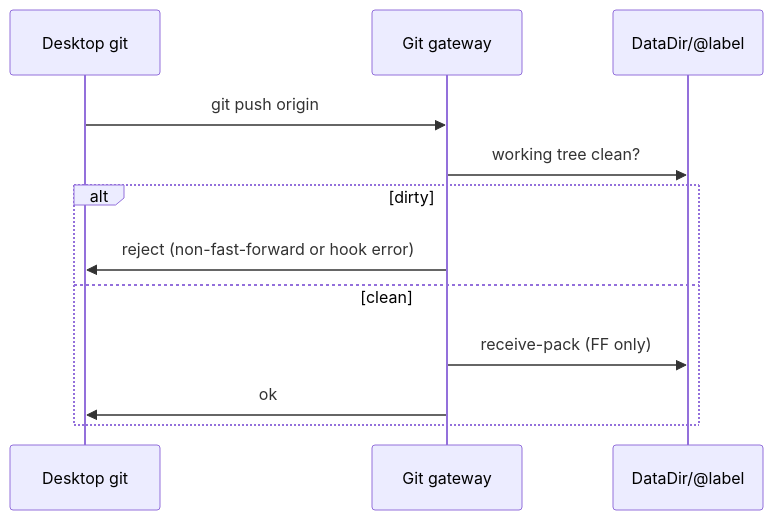
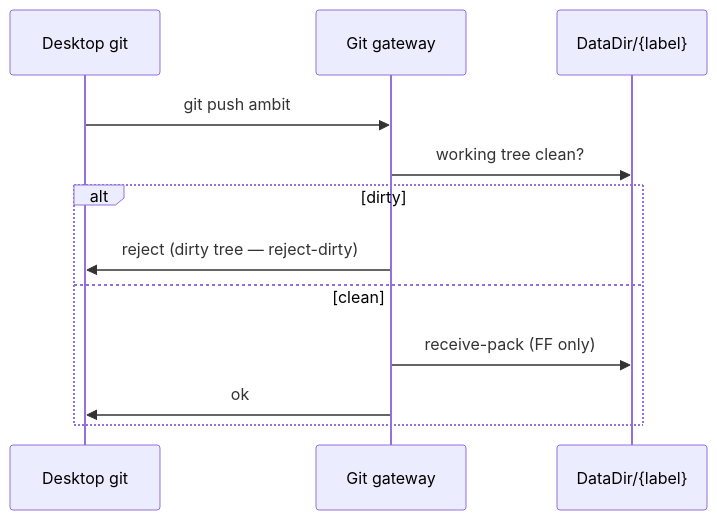
The second of 2 diagrams in doc/roadmap/git-sync-gateway.md (abaljeu/ambit), drawn with Mermaid before and after one commit. The commit also changed other lines of this file and 24 other files, not shown here.

````diff
--- a/doc/roadmap/git-sync-gateway.md
+++ b/doc/roadmap/git-sync-gateway.md
@@ -83,16 +85,16 @@
 ```mermaid
 %%{init: {'themeVariables': {'fontSize': '20px'}}}%%
 sequenceDiagram
   participant Client as Desktop git
   participant GW as Git gateway
-  participant FS as DataDir/@label
+  participant FS as DataDir/{label}
 
-  Client->>GW: git push origin
+  Client->>GW: git push ambit
   GW->>FS: working tree clean?
   alt dirty
-    GW->>Client: reject (non-fast-forward or hook error)
+    GW->>Client: reject (dirty tree — reject-dirty)
   else clean
     GW->>FS: receive-pack (FF only)
     GW->>Client: ok
   end
 ```
````
